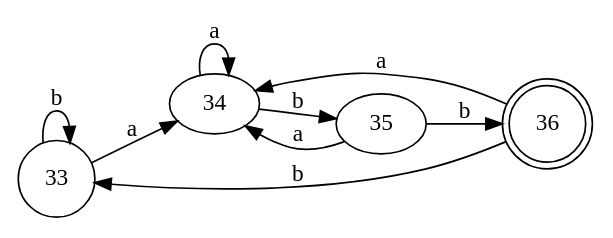
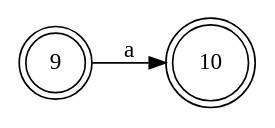
Before and after one commit to bryannalfaro/Dise-odeLenguajes: the diagram in test-output/automata1.gv, drawn with Graphviz. The commit also changed 2 other files, not shown here.

```diff
--- a/test-output/automata1.gv
+++ b/test-output/automata1.gv
@@ -1,13 +1,6 @@
 digraph automata1 {
 	rankdir=LR
-	33 [label=33 shape=circle]
-	36 [label=36 shape=doublecircle]
-	33 -> 34 [label=a]
-	33 -> 33 [label=b]
-	34 -> 34 [label=a]
-	34 -> 35 [label=b]
-	35 -> 34 [label=a]
-	35 -> 36 [label=b]
-	36 -> 34 [label=a]
-	36 -> 33 [label=b]
+	9 [label=9 shape=doublecircle]
+	10 [label=10 shape=doublecircle]
+	9 -> 10 [label=a]
 }
```
